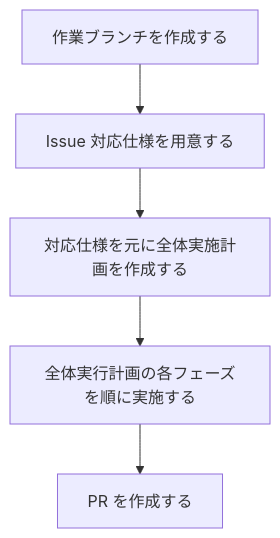
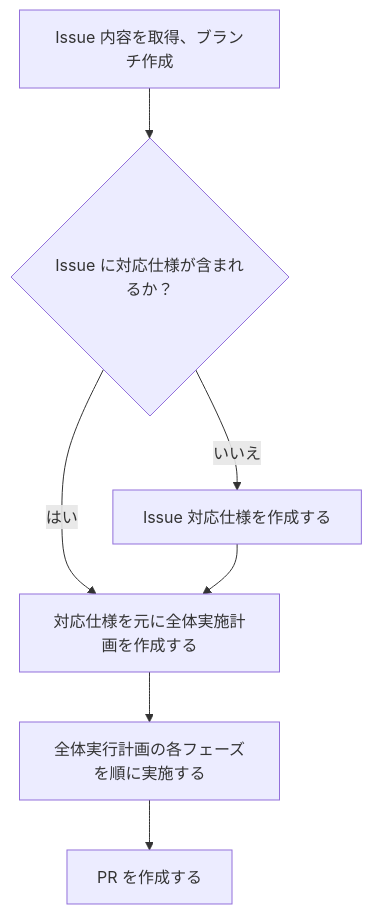
Before and after one commit to k5n/custom-agents-settings: the fourth of 6 diagrams in docs/Workflow.md, drawn with Mermaid. The commit also changed other lines of this file and 6 other files, not shown here.

````diff
--- a/docs/Workflow.md
+++ b/docs/Workflow.md
@@ -147,10 +147,14 @@
 ```mermaid
 flowchart TD
-    A[作業ブランチを作成する]
-    B[Issue 対応仕様を用意する]
-    C[対応仕様を元に全体実施計画を作成する]
-    D[全体実行計画の各フェーズを順に実施する]
-    E[PR を作成する]
+    A[Issue 内容を取得、ブランチ作成]
+    B{Issue に対応仕様が含まれるか？}
+    C[Issue 対応仕様を作成する]
+    D[対応仕様を元に全体実施計画を作成する]
+    E[全体実行計画の各フェーズを順に実施する]
+    F[PR を作成する]
 
-    A --> B --> C --> D --> E
+    A --> B
+    B -- はい --> D
+    B -- いいえ --> C --> D
+    D --> E --> F
 ```
````
